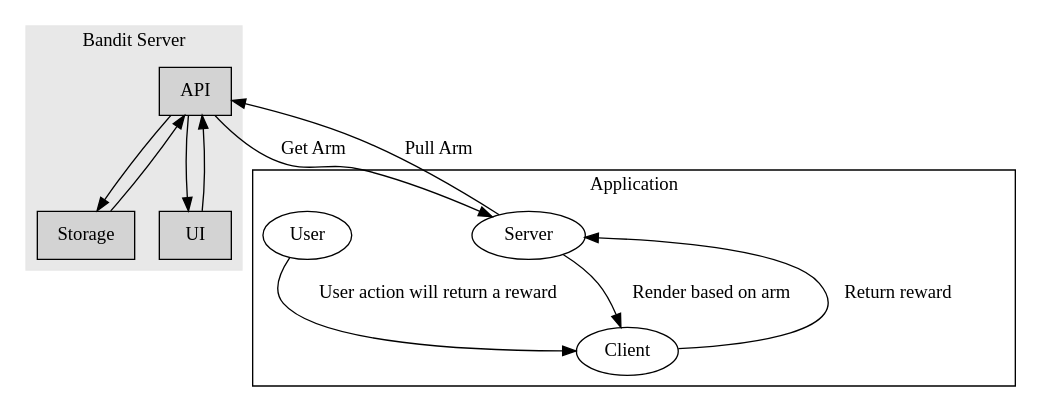
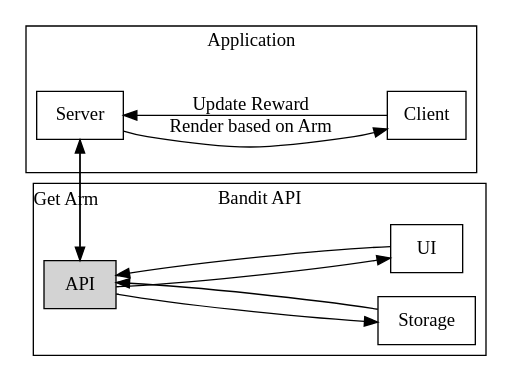
The diagram in assets/graph.dot (alextanhongpin/go-bandit-server), drawn with Graphviz before and after one commit. The commit also changed 1 other file, not shown here.

Commit message:
docs: update graph

```diff
--- a/assets/graph.dot
+++ b/assets/graph.dot
@@ -1,22 +1,28 @@
 digraph G {
+  rankdir = LR;
+  node [shape = box]
+  
+  subgraph cluster_0 {
+    label = "Bandit API"
+    api [label = API, style = filled, colorfill = grey95]
+    storage [label = Storage]
+    ui [label = UI]
 
-  subgraph cluster_0 {
-     color=grey91
-     style=filled
-     node [shape=box, style=filled]
-    label = "Bandit Server"
-    API Storage UI
-    API -> Storage -> API -> UI -> API
+    api -> storage -> api
+    api -> ui -> api
   }
 
   subgraph cluster_1 {
     label = "Application"
-    Server Client User
+    
+    s [label = Server]
+    c [label = Client]
+
+    s -> c [label = "Render based on Arm"]
+    c -> s [label = "Update Reward"]
   }
 
-  Server -> API [label="Pull Arm"]
-  API -> Server [label="Get Arm"]
-  Server -> Client [label="Render based on arm"]
-  Client -> Server [label="Return reward"]
-  User -> Client [label="User action will return a reward"]
+  s -> api [constraint = false, label = "Get Arm"]
+  api -> s [constraint = false]
+
 }
```
